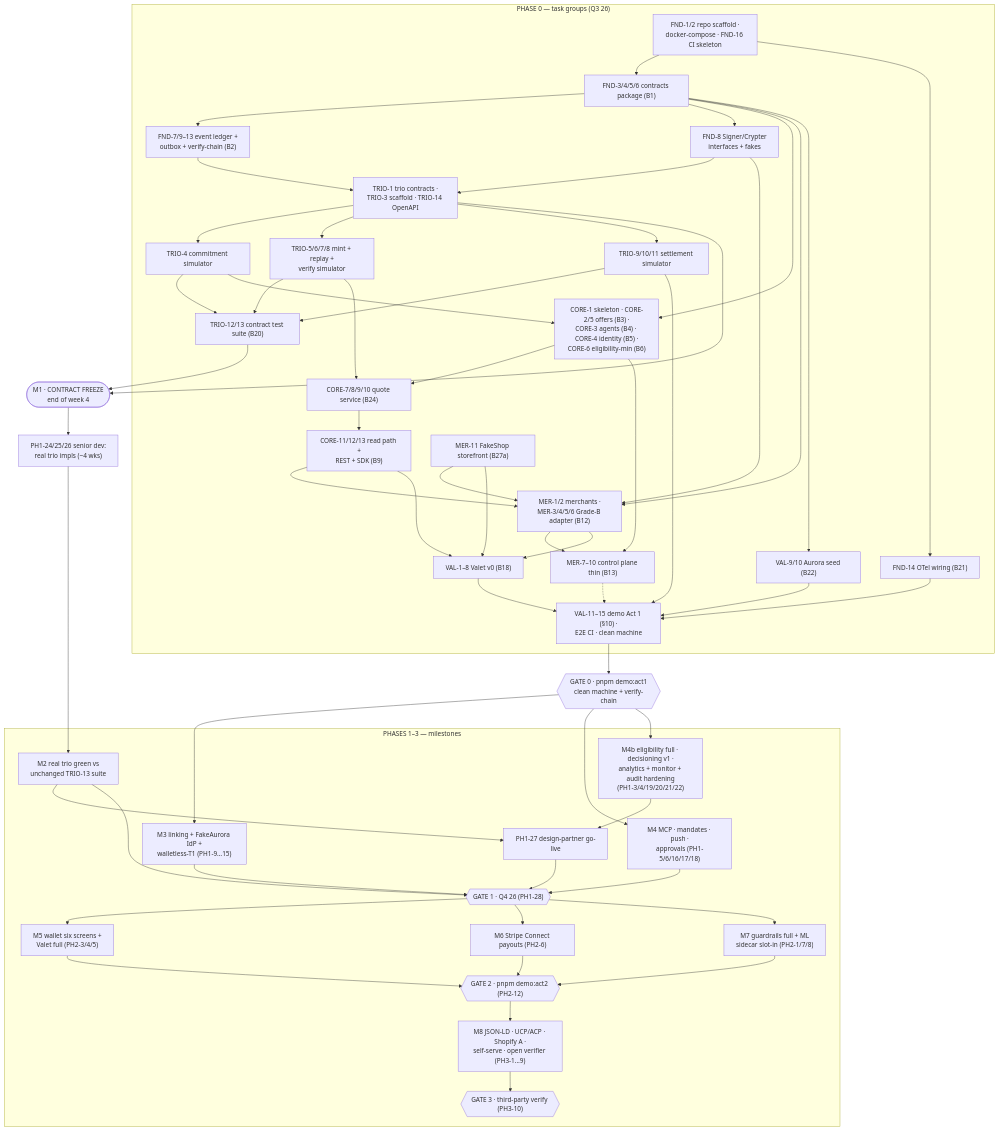
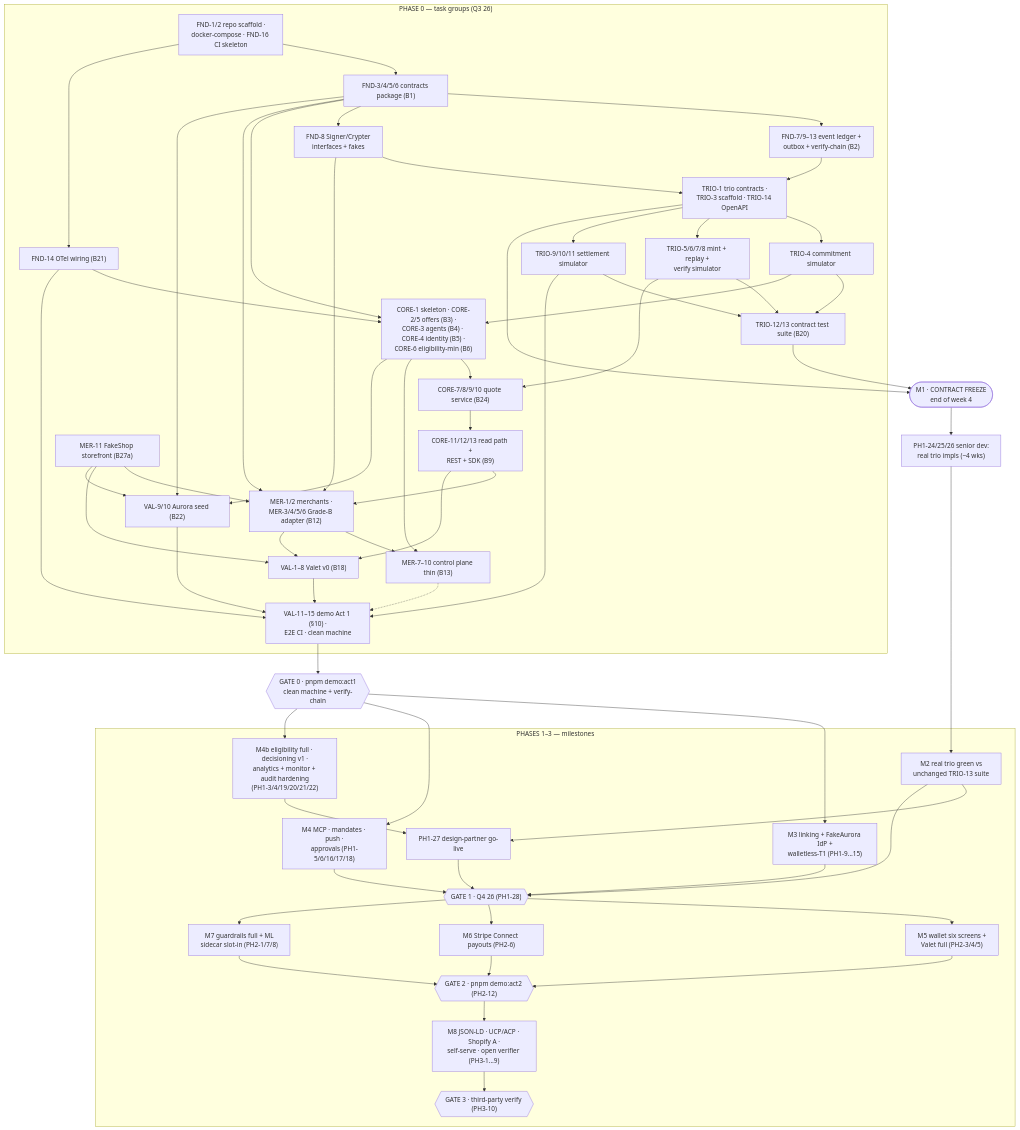
One commit to Elyron-ai/Merited_test changed the diagram in BUILD-PLAN.md. Above: the diagram before and after it, drawn with Mermaid. The commit also changed other lines of this file, not shown here.

```diff
--- a/BUILD-PLAN.md
+++ b/BUILD-PLAN.md
@@ -187,6 +188,7 @@
     end
     SCAF --> B1C
     SCAF --> OTL
+    OTL --> COR
     B1C --> B2E
     B1C --> SGN
     B1C --> COR
@@ -211,6 +213,8 @@
     ADP --> V0
     FS --> V0
     B1C --> SEED
+    COR --> SEED
+    FS --> SEED
     SEED --> A1
     V0 --> A1
     TS3 --> A1
```
